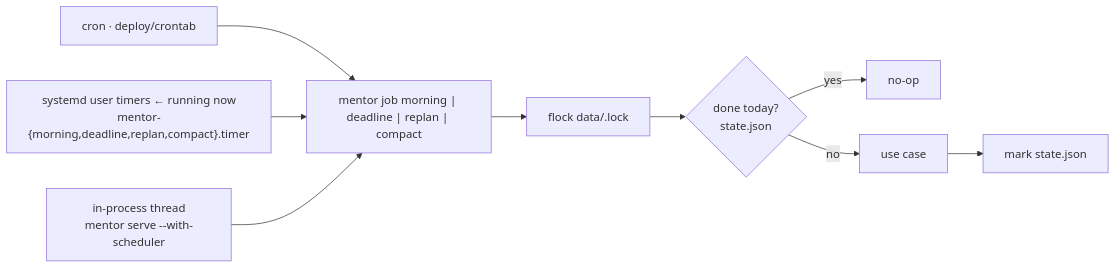
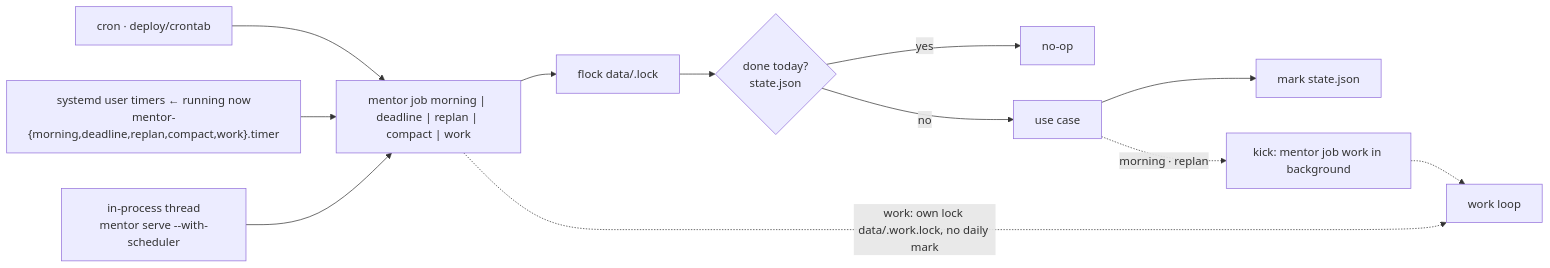
One commit to vovka/mentor-bot changed diagram 12 of 19 in docs/ARCHITECTURE.md. Above: the diagram before and after it, drawn with Mermaid. The commit also changed other lines of this file and 8 other files, not shown here.

````diff
--- a/docs/ARCHITECTURE.md
+++ b/docs/ARCHITECTURE.md
@@ -180,10 +292,12 @@
 ```mermaid
 flowchart LR
   CR[cron · deploy/crontab] --> J
-  SD["systemd user timers ← running now<br/>mentor-{morning,deadline,replan,compact}.timer"] --> J
+  SD["systemd user timers ← running now<br/>mentor-{morning,deadline,replan,compact,work}.timer"] --> J
   IP["in-process thread<br/>mentor serve --with-scheduler"] --> J
-  J["mentor job morning | deadline | replan | compact"] --> L[flock data/.lock]
+  J["mentor job morning | deadline | replan | compact | work"] --> L[flock data/.lock]
   L --> ID{done today?<br/>state.json}
   ID -- yes --> NO[no-op]
   ID -- no --> RUN[use case] --> MARK[mark state.json]
+  J -. "work: own lock data/.work.lock, no daily mark" .-> WL[work loop]
+  RUN -. "morning · replan" .-> KK["kick: mentor job work in background"] -.-> WL
 ```
````
